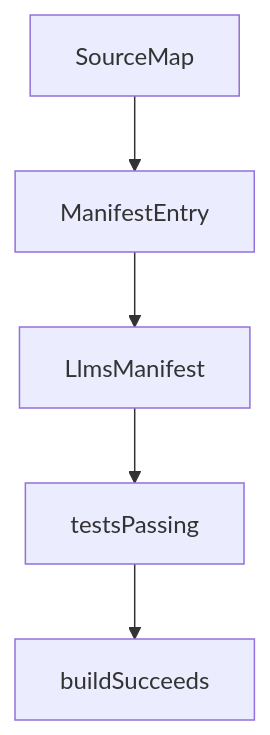
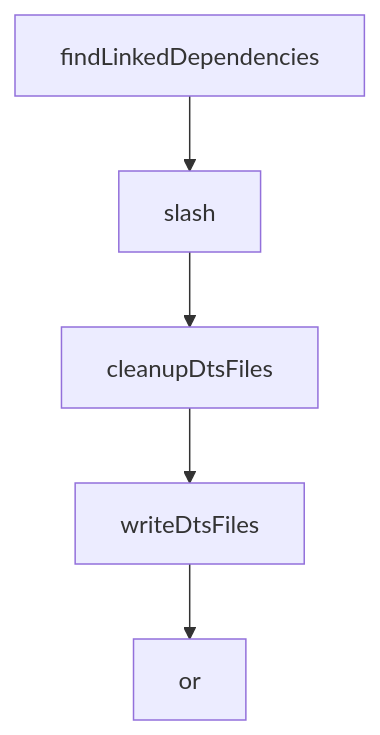
The diagram in tutorials/mastra-tutorial/06-mcp-and-integration-patterns.md (johnxie/awesome-code-docs), drawn with Mermaid before and after one commit. The commit also changed other lines of this file and 1232 other files, not shown here.

````diff
--- a/tutorials/mastra-tutorial/06-mcp-and-integration-patterns.md
+++ b/tutorials/mastra-tutorial/06-mcp-and-integration-patterns.md
@@ -212,12 +210,12 @@
 ```mermaid
 flowchart TD
-    A[SourceMap]
-    B[ManifestEntry]
-    C[LlmsManifest]
-    D[testsPassing]
-    E[buildSucceeds]
+    A[findLinkedDependencies]
+    B[slash]
+    C[cleanupDtsFiles]
+    D[writeDtsFiles]
+    E[or]
     A --> B
     B --> C
     C --> D
     D --> E
 ```
````
